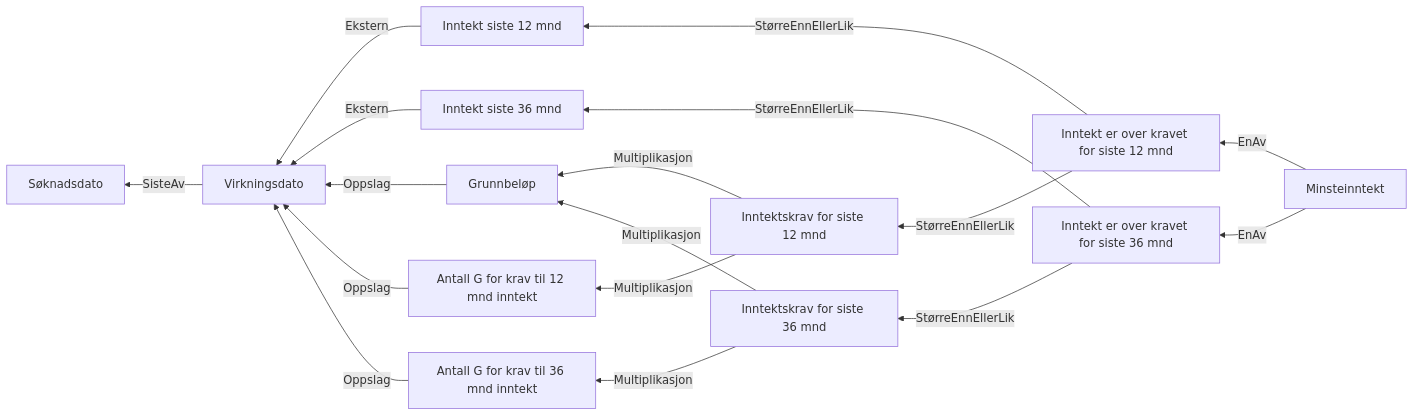
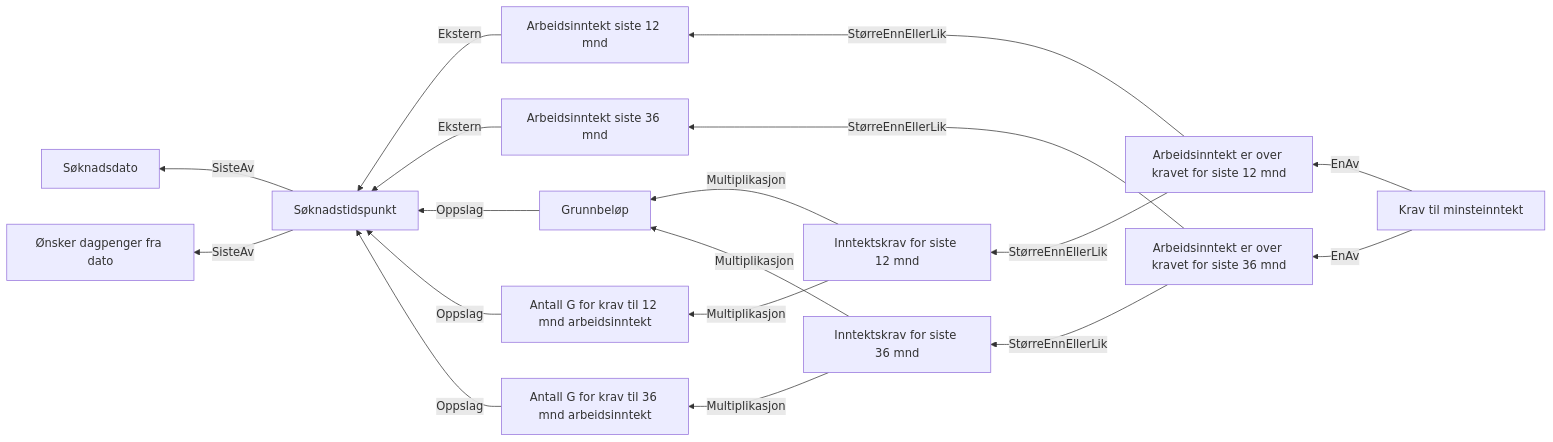
One commit to navikt/dp-vedtak changed the diagram in docs/regler/§4-4.Krav til minsteinntekt.approved.md. Above: the diagram before and after it, drawn with Mermaid. The commit also changed 9 other files, not shown here.

````diff
--- a/docs/regler/§4-4.Krav til minsteinntekt.approved.md
+++ b/docs/regler/§4-4.Krav til minsteinntekt.approved.md
@@ -5,19 +5,20 @@
 ```mermaid
 graph RL
-  -475298022["Inntekt siste 12 mnd"] -->|Ekstern| -1279085718["Virkningsdato"]
-  -991217386["Inntekt siste 36 mnd"] -->|Ekstern| -1279085718["Virkningsdato"]
-  -1003696174["Grunnbeløp"] -->|Oppslag| -1279085718["Virkningsdato"]
-  -499852860["Antall G for krav til 12 mnd inntekt"] -->|Oppslag| -1279085718["Virkningsdato"]
-  1485885376["Antall G for krav til 36 mnd inntekt"] -->|Oppslag| -1279085718["Virkningsdato"]
-  -1015807170["Inntektskrav for siste 12 mnd"] -->|Multiplikasjon| -499852860["Antall G for krav til 12 mnd inntekt"]
+  -1527869294["Arbeidsinntekt siste 12 mnd"] -->|Ekstern| 1431358132["Søknadstidspunkt"]
+  -2043788658["Arbeidsinntekt siste 36 mnd"] -->|Ekstern| 1431358132["Søknadstidspunkt"]
+  -1003696174["Grunnbeløp"] -->|Oppslag| 1431358132["Søknadstidspunkt"]
+  -460203912["Antall G for krav til 12 mnd arbeidsinntekt"] -->|Oppslag| 1431358132["Søknadstidspunkt"]
+  1668312828["Antall G for krav til 36 mnd arbeidsinntekt"] -->|Oppslag| 1431358132["Søknadstidspunkt"]
+  -1015807170["Inntektskrav for siste 12 mnd"] -->|Multiplikasjon| -460203912["Antall G for krav til 12 mnd arbeidsinntekt"]
   -1015807170["Inntektskrav for siste 12 mnd"] -->|Multiplikasjon| -1003696174["Grunnbeløp"]
-  -1531726534["Inntektskrav for siste 36 mnd"] -->|Multiplikasjon| 1485885376["Antall G for krav til 36 mnd inntekt"]
+  -1531726534["Inntektskrav for siste 36 mnd"] -->|Multiplikasjon| 1668312828["Antall G for krav til 36 mnd arbeidsinntekt"]
   -1531726534["Inntektskrav for siste 36 mnd"] -->|Multiplikasjon| -1003696174["Grunnbeløp"]
-  243535272["Inntekt er over kravet for siste 12 mnd"] -->|StørreEnnEllerLik| -475298022["Inntekt siste 12 mnd"]
-  243535272["Inntekt er over kravet for siste 12 mnd"] -->|StørreEnnEllerLik| -1015807170["Inntektskrav for siste 12 mnd"]
-  -272384092["Inntekt er over kravet for siste 36 mnd"] -->|StørreEnnEllerLik| -991217386["Inntekt siste 36 mnd"]
-  -272384092["Inntekt er over kravet for siste 36 mnd"] -->|StørreEnnEllerLik| -1531726534["Inntektskrav for siste 36 mnd"]
-  2058859550["Minsteinntekt"] -->|EnAv| 243535272["Inntekt er over kravet for siste 12 mnd"]
-  2058859550["Minsteinntekt"] -->|EnAv| -272384092["Inntekt er over kravet for siste 36 mnd"]
-  -1279085718["Virkningsdato"] -->|SisteAv| -1193640064["Søknadsdato"]
+  214360368["Arbeidsinntekt er over kravet for siste 12 mnd"] -->|StørreEnnEllerLik| -1527869294["Arbeidsinntekt siste 12 mnd"]
+  214360368["Arbeidsinntekt er over kravet for siste 12 mnd"] -->|StørreEnnEllerLik| -1015807170["Inntektskrav for siste 12 mnd"]
+  -301558996["Arbeidsinntekt er over kravet for siste 36 mnd"] -->|StørreEnnEllerLik| -2043788658["Arbeidsinntekt siste 36 mnd"]
+  -301558996["Arbeidsinntekt er over kravet for siste 36 mnd"] -->|StørreEnnEllerLik| -1531726534["Inntektskrav for siste 36 mnd"]
+  -746387848["Krav til minsteinntekt"] -->|EnAv| 214360368["Arbeidsinntekt er over kravet for siste 12 mnd"]
+  -746387848["Krav til minsteinntekt"] -->|EnAv| -301558996["Arbeidsinntekt er over kravet for siste 36 mnd"]
+  1431358132["Søknadstidspunkt"] -->|SisteAv| -1193640064["Søknadsdato"]
+  1431358132["Søknadstidspunkt"] -->|SisteAv| 1120978298["Ønsker dagpenger fra dato"]
 ```
````
